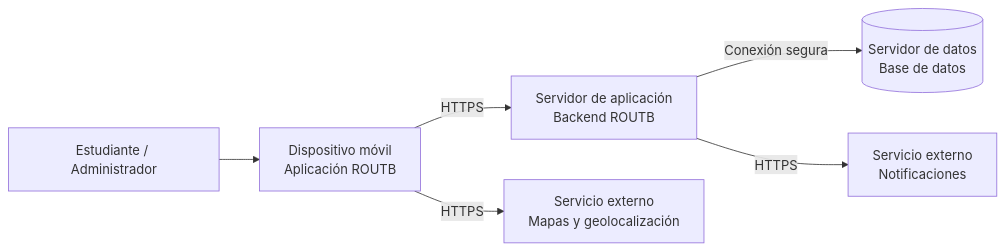
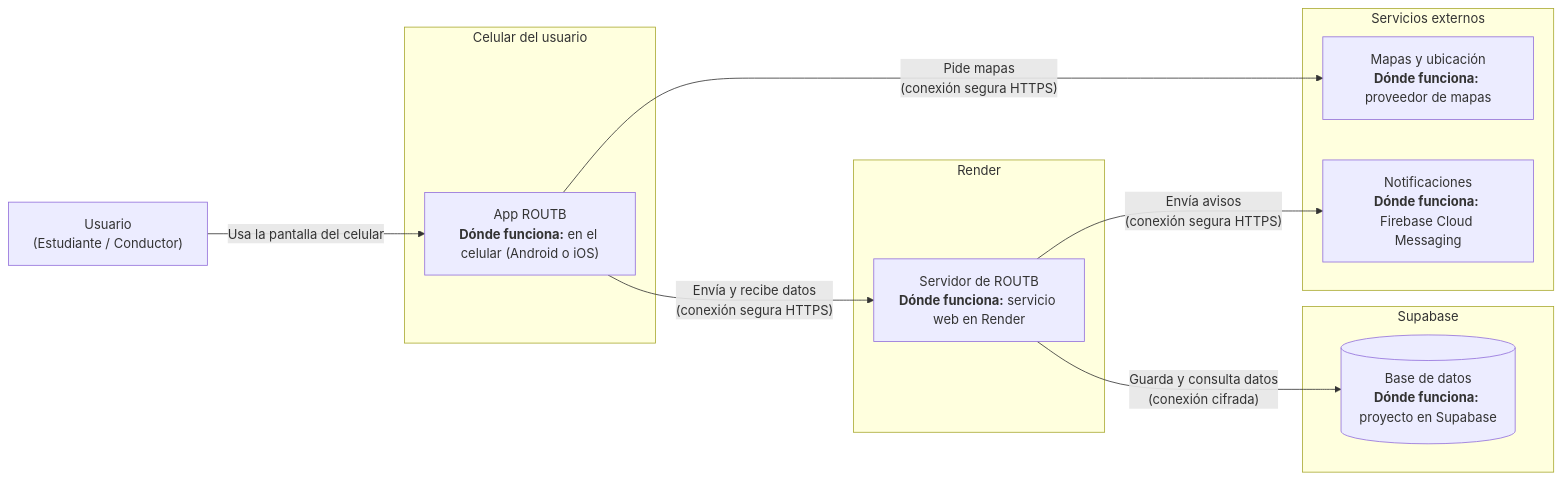
Before and after one commit to ISCOUTB/AS_202620_ROUTB: the first of 2 diagrams in docs/arc42/07_vista_de_despliegue.md, drawn with Mermaid. The commit also changed other lines of this file and 10 other files, not shown here.

````diff
--- a/docs/arc42/07_vista_de_despliegue.md
+++ b/docs/arc42/07_vista_de_despliegue.md
@@ -7,15 +11,27 @@
 ```mermaid
 flowchart LR
-    U["Estudiante / Administrador"]
-    APP["Dispositivo móvil<br/>Aplicación ROUTB"]
-    API["Servidor de aplicación<br/>Backend ROUTB"]
-    DB[("Servidor de datos<br/>Base de datos")]
-    MAP["Servicio externo<br/>Mapas y geolocalización"]
-    PUSH["Servicio externo<br/>Notificaciones"]
-
-    U --> APP
-    APP -->|"HTTPS"| API
-    APP -->|"HTTPS"| MAP
-    API -->|"Conexión segura"| DB
-    API -->|"HTTPS"| PUSH
+    U["Usuario<br/>(Estudiante / Conductor)"]
+ 
+    subgraph CLIENT["Celular del usuario"]
+        APP["App ROUTB<br/><b>Dónde funciona:</b> en el celular (Android o iOS)"]
+    end
+ 
+    subgraph CLOUD_RENDER["Render"]
+        API["Servidor de ROUTB<br/><b>Dónde funciona:</b> servicio web en Render"]
+    end
+ 
+    subgraph CLOUD_SUPABASE["Supabase"]
+        DB[("Base de datos<br/><b>Dónde funciona:</b> proyecto en Supabase")]
+    end
+ 
+    subgraph EXTERNAL["Servicios externos"]
+        MAP["Mapas y ubicación<br/><b>Dónde funciona:</b> proveedor de mapas"]
+        PUSH["Notificaciones<br/><b>Dónde funciona:</b> Firebase Cloud Messaging"]
+    end
+ 
+    U -->|"Usa la pantalla del celular"| APP
+    APP -->|"Envía y recibe datos<br/>(conexión segura HTTPS)"| API
+    APP -->|"Pide mapas<br/>(conexión segura HTTPS)"| MAP
+    API -->|"Guarda y consulta datos<br/>(conexión cifrada)"| DB
+    API -->|"Envía avisos<br/>(conexión segura HTTPS)"| PUSH
 ```
````
